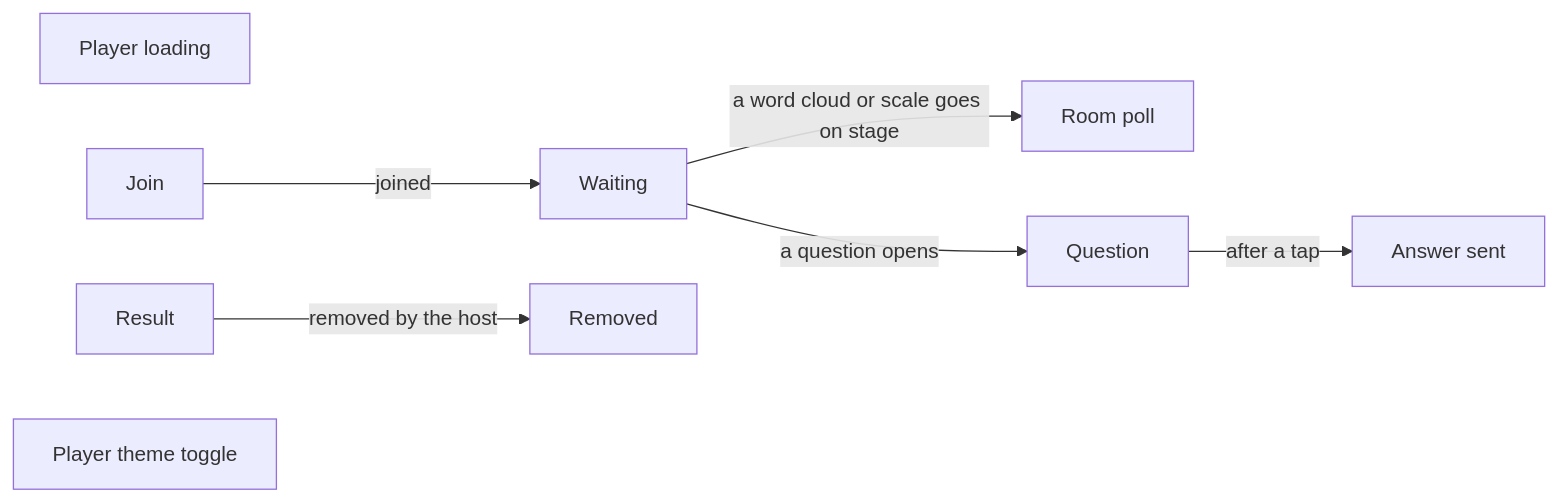
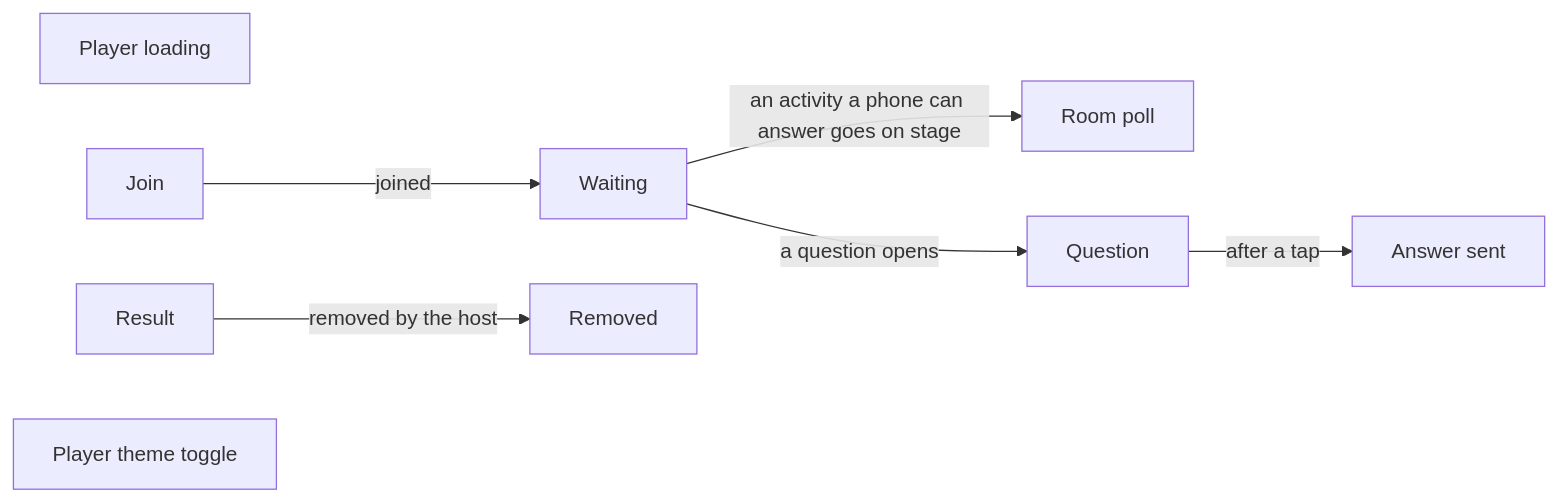
Diagram 12 of 12 in docs/ux-surface-map.md (ferraroroberto/facilitation-suite), drawn with Mermaid before and after one commit. The commit also changed other lines of this file and 36 other files, not shown here.

````diff
--- a/docs/ux-surface-map.md
+++ b/docs/ux-surface-map.md
@@ -2211,17 +2253,17 @@
 ```mermaid
 flowchart LR
-  s144["Player loading"]
-  s145["Join"]
-  s146["Waiting"]
-  s147["Room poll"]
-  s148["Question"]
-  s149["Answer sent"]
-  s150["Result"]
-  s151["Removed"]
-  s152["Player theme toggle"]
-  s145 -->|"joined"| s146
-  s146 -->|"a question opens"| s148
-  s146 -->|"a word cloud or scale goes on stage"| s147
-  s148 -->|"after a tap"| s149
-  s150 -->|"removed by the host"| s151
+  s148["Player loading"]
+  s149["Join"]
+  s150["Waiting"]
+  s151["Room poll"]
+  s152["Question"]
+  s153["Answer sent"]
+  s154["Result"]
+  s155["Removed"]
+  s156["Player theme toggle"]
+  s149 -->|"joined"| s150
+  s150 -->|"a question opens"| s152
+  s150 -->|"an activity a phone can answer goes on stage"| s151
+  s152 -->|"after a tap"| s153
+  s154 -->|"removed by the host"| s155
 ```
````
